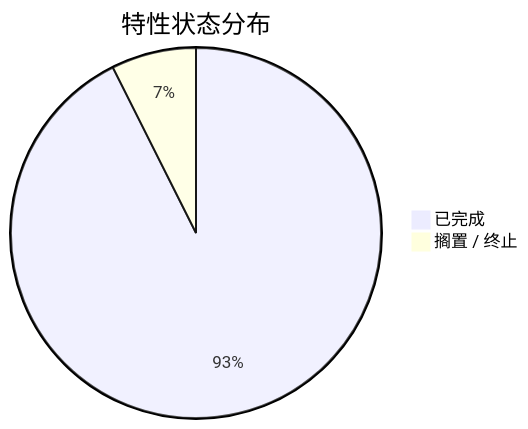
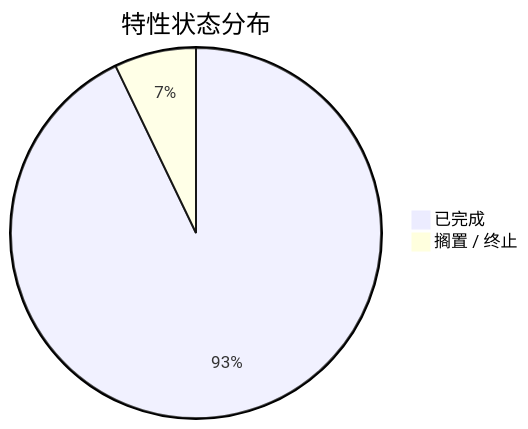
The third of 8 diagrams in .sddu/ROADMAP.md (THZSummer/sddu), drawn with Mermaid before and after one commit. The commit also changed other lines of this file, not shown here.

First line of the commit message:
docs(roadmap): v5.2.0 dsh 模板引擎交付回填（FR-DSH-TEMPLATE-001）

````diff
--- a/.sddu/ROADMAP.md
+++ b/.sddu/ROADMAP.md
@@ -87,5 +87,5 @@
 ```mermaid
 pie title 特性状态分布
-    "已完成" : 25
+    "已完成" : 26
     "搁置 / 终止" : 2
 ```
````
